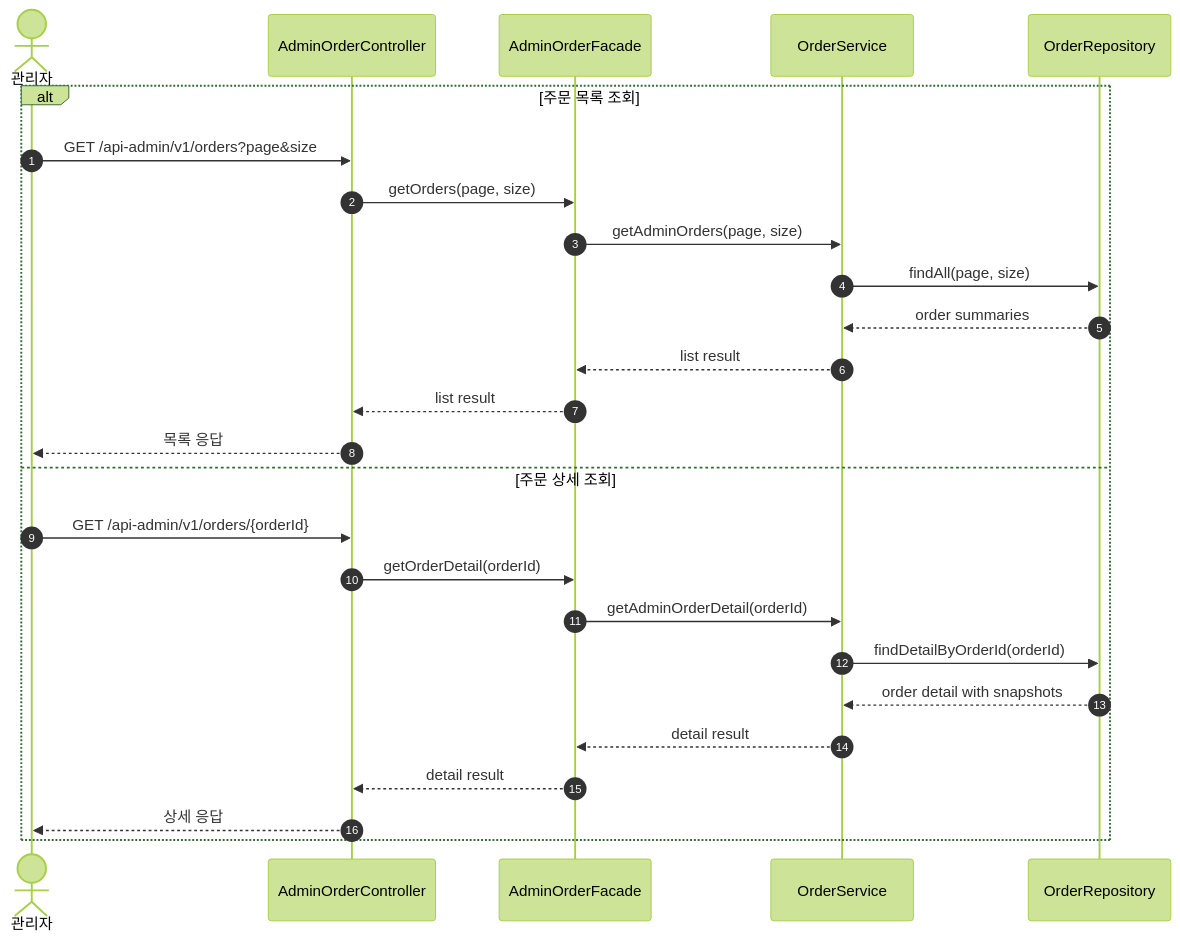
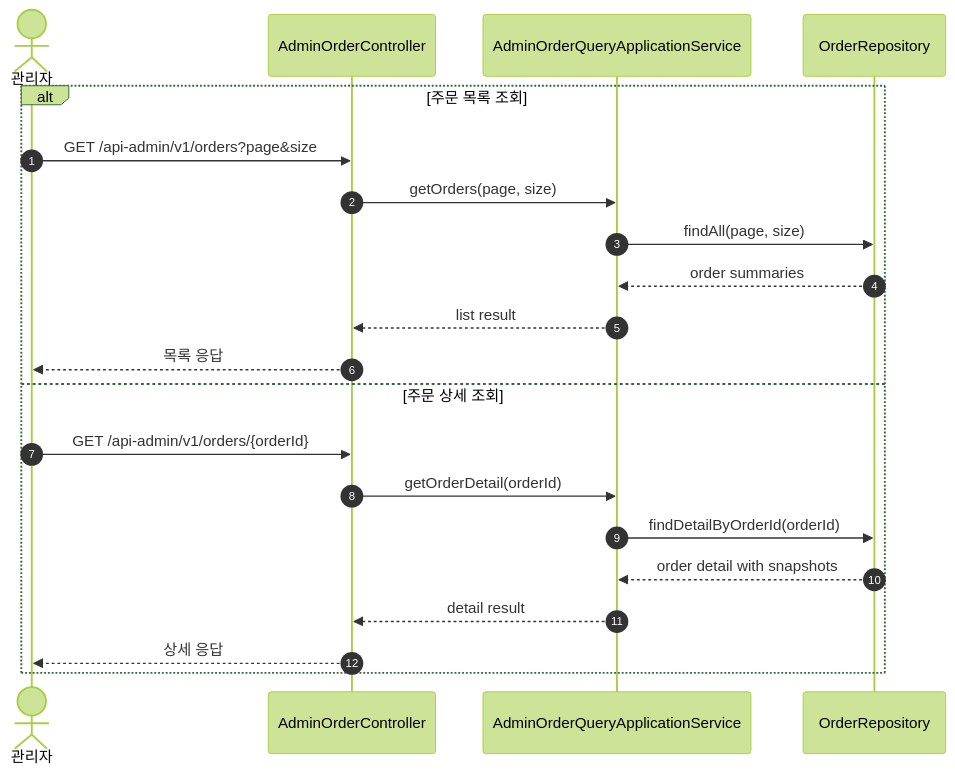
One commit to loopers-labs/loop-pack-be-l2-vol4-kotlin changed the diagram in docs/week2/05-sequence-admin-order-query.md. Above: the diagram before and after it, drawn with Mermaid (forest theme). The commit also changed other lines of this file and 9 other files, not shown here.

Commit message:
docs: application service 와 domain service 분리에 따른 문서 수정

````diff
--- a/docs/week2/05-sequence-admin-order-query.md
+++ b/docs/week2/05-sequence-admin-order-query.md
@@ -10,29 +10,24 @@
 ```mermaid
 sequenceDiagram
     autonumber
     actor Admin as 관리자
     participant AdminOrderController as AdminOrderController
-    participant AdminOrderFacade as AdminOrderFacade
-    participant OrderService as OrderService
+    participant AdminOrderAppService as AdminOrderQueryApplicationService
     participant OrderRepo as OrderRepository
 
     alt 주문 목록 조회
         Admin->>AdminOrderController: GET /api-admin/v1/orders?page&size
-        AdminOrderController->>AdminOrderFacade: getOrders(page, size)
-        AdminOrderFacade->>OrderService: getAdminOrders(page, size)
-        OrderService->>OrderRepo: findAll(page, size)
-        OrderRepo-->>OrderService: order summaries
-        OrderService-->>AdminOrderFacade: list result
-        AdminOrderFacade-->>AdminOrderController: list result
+        AdminOrderController->>AdminOrderAppService: getOrders(page, size)
+        AdminOrderAppService->>OrderRepo: findAll(page, size)
+        OrderRepo-->>AdminOrderAppService: order summaries
+        AdminOrderAppService-->>AdminOrderController: list result
         AdminOrderController-->>Admin: 목록 응답
     else 주문 상세 조회
         Admin->>AdminOrderController: GET /api-admin/v1/orders/{orderId}
-        AdminOrderController->>AdminOrderFacade: getOrderDetail(orderId)
-        AdminOrderFacade->>OrderService: getAdminOrderDetail(orderId)
-        OrderService->>OrderRepo: findDetailByOrderId(orderId)
-        OrderRepo-->>OrderService: order detail with snapshots
-        OrderService-->>AdminOrderFacade: detail result
-        AdminOrderFacade-->>AdminOrderController: detail result
+        AdminOrderController->>AdminOrderAppService: getOrderDetail(orderId)
+        AdminOrderAppService->>OrderRepo: findDetailByOrderId(orderId)
+        OrderRepo-->>AdminOrderAppService: order detail with snapshots
+        AdminOrderAppService-->>AdminOrderController: detail result
         AdminOrderController-->>Admin: 상세 응답
     end
 ```
````
